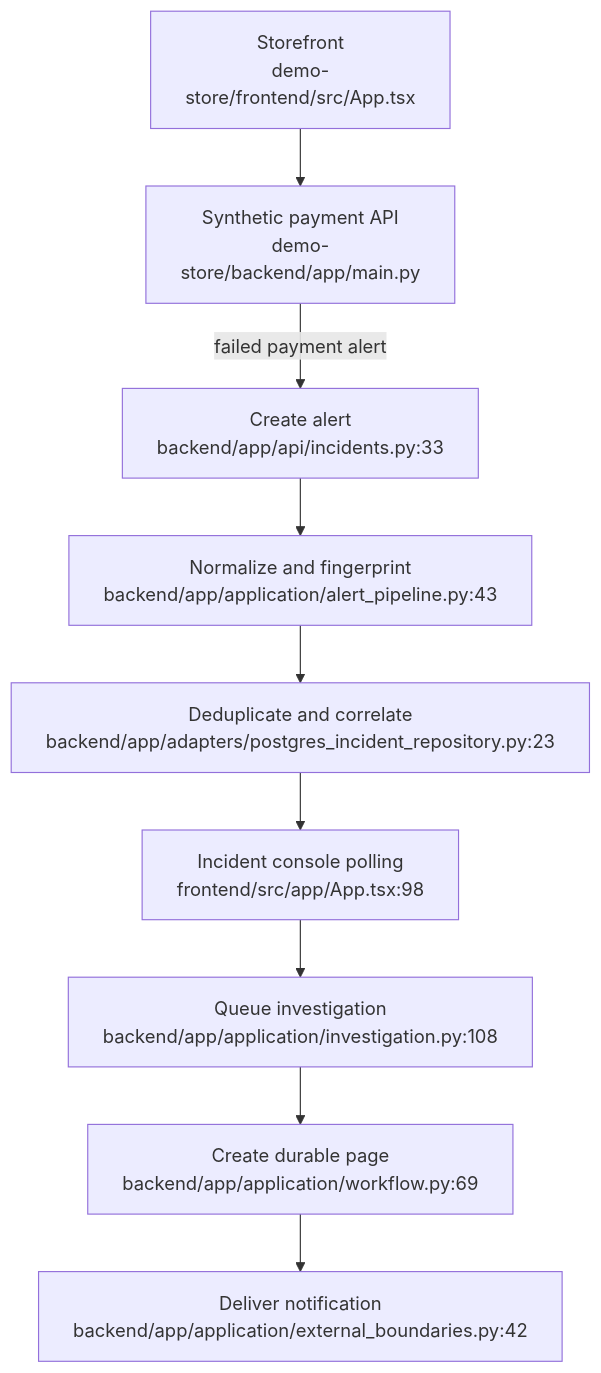
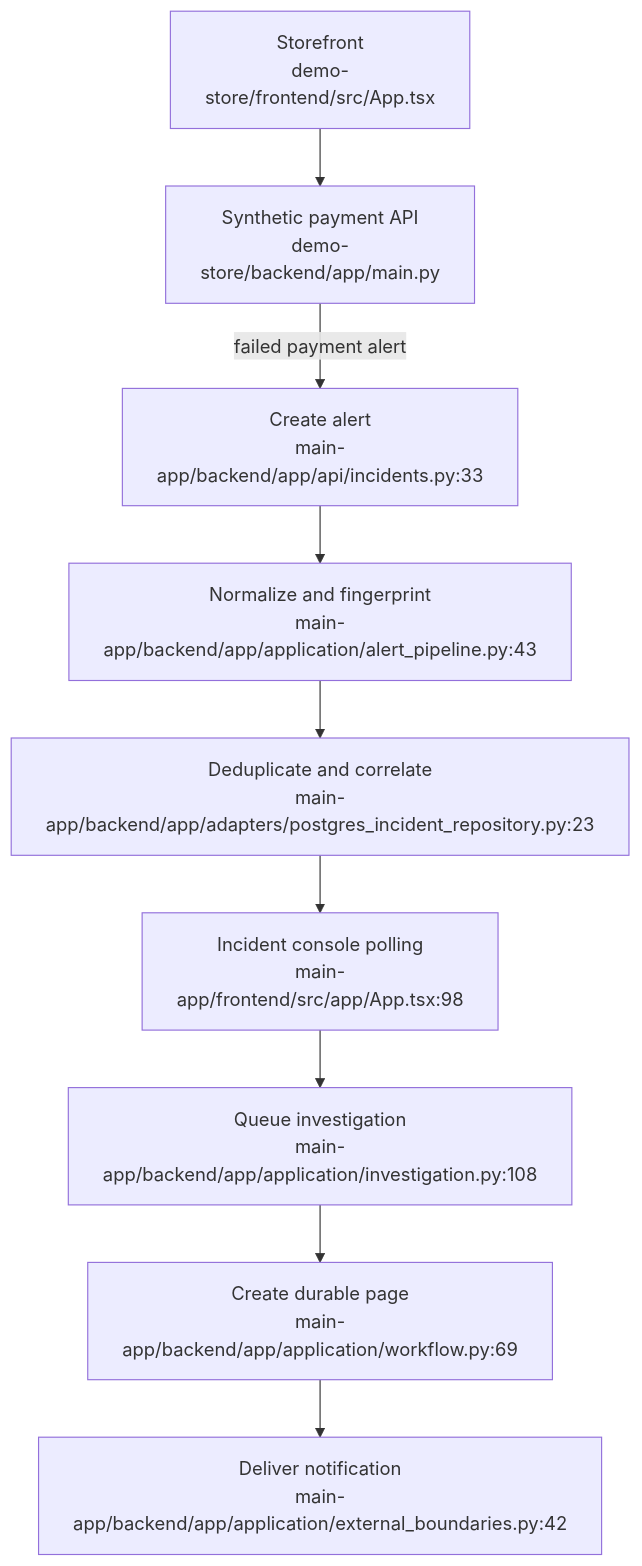
One commit to safayavatsal/hero-vired-assignment changed the diagram in PATHFINDER-2026-10-24/01-flowcharts/demo-commerce.md. Above: the diagram before and after it, drawn with Mermaid. The commit also changed 108 other files, not shown here.

Commit message:
refactor: organize main app layout

````diff
--- a/PATHFINDER-2026-10-24/01-flowcharts/demo-commerce.md
+++ b/PATHFINDER-2026-10-24/01-flowcharts/demo-commerce.md
@@ -3,17 +3,17 @@
 ```mermaid
 flowchart TD
     Store["Storefront<br/>demo-store/frontend/src/App.tsx"]
     Checkout["Synthetic payment API<br/>demo-store/backend/app/main.py"]
-    Alert["Create alert<br/>backend/app/api/incidents.py:33"]
-    Normalize["Normalize and fingerprint<br/>backend/app/application/alert_pipeline.py:43"]
-    Persist["Deduplicate and correlate<br/>backend/app/adapters/postgres_incident_repository.py:23"]
-    Console["Incident console polling<br/>frontend/src/app/App.tsx:98"]
-    Investigate["Queue investigation<br/>backend/app/application/investigation.py:108"]
-    Page["Create durable page<br/>backend/app/application/workflow.py:69"]
-    Notify["Deliver notification<br/>backend/app/application/external_boundaries.py:42"]
+    Alert["Create alert<br/>main-app/backend/app/api/incidents.py:33"]
+    Normalize["Normalize and fingerprint<br/>main-app/backend/app/application/alert_pipeline.py:43"]
+    Persist["Deduplicate and correlate<br/>main-app/backend/app/adapters/postgres_incident_repository.py:23"]
+    Console["Incident console polling<br/>main-app/frontend/src/app/App.tsx:98"]
+    Investigate["Queue investigation<br/>main-app/backend/app/application/investigation.py:108"]
+    Page["Create durable page<br/>main-app/backend/app/application/workflow.py:69"]
+    Notify["Deliver notification<br/>main-app/backend/app/application/external_boundaries.py:42"]
 
     Store --> Checkout
     Checkout -->|"failed payment alert"| Alert
     Alert --> Normalize --> Persist --> Console
     Console --> Investigate --> Page --> Notify
 ```
````
